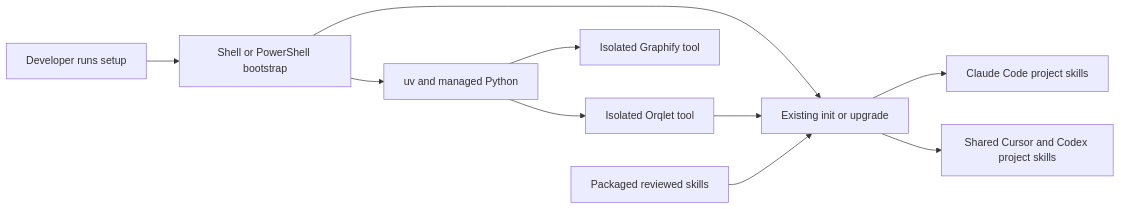
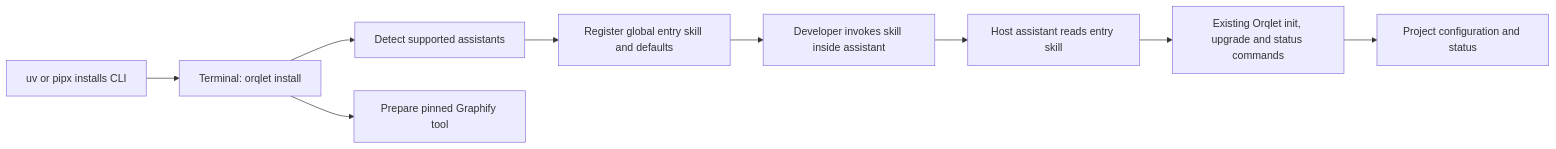
The diagram in docs/design/one-command-setup/design/proposal.md (tmishari/orqlet), drawn with Mermaid before and after one commit. The commit also changed other lines of this file and 30 other files, not shown here.

````diff
--- a/docs/design/one-command-setup/design/proposal.md
+++ b/docs/design/one-command-setup/design/proposal.md
@@ -32,12 +104,11 @@
 ```mermaid
 flowchart LR
-    U[Developer runs setup] --> B[Shell or PowerShell bootstrap]
-    B --> V[uv and managed Python]
-    V --> O[Isolated Orqlet tool]
-    V --> G[Isolated Graphify tool]
-    B --> L[Existing init or upgrade]
-    O --> L
-    S[Packaged reviewed skills] --> L
-    L --> C[Claude Code project skills]
-    L --> A[Shared Cursor and Codex project skills]
+    P[uv or pipx installs CLI] --> I[Terminal: orqlet install]
+    I --> D[Detect supported assistants]
+    D --> G[Register global entry skill and defaults]
+    I --> T[Prepare pinned Graphify tool]
+    G --> A[Developer invokes skill inside assistant]
+    A --> H[Host assistant reads entry skill]
+    H --> C[Existing Orqlet init, upgrade and status commands]
+    C --> R[Project configuration and status]
 ```
````
